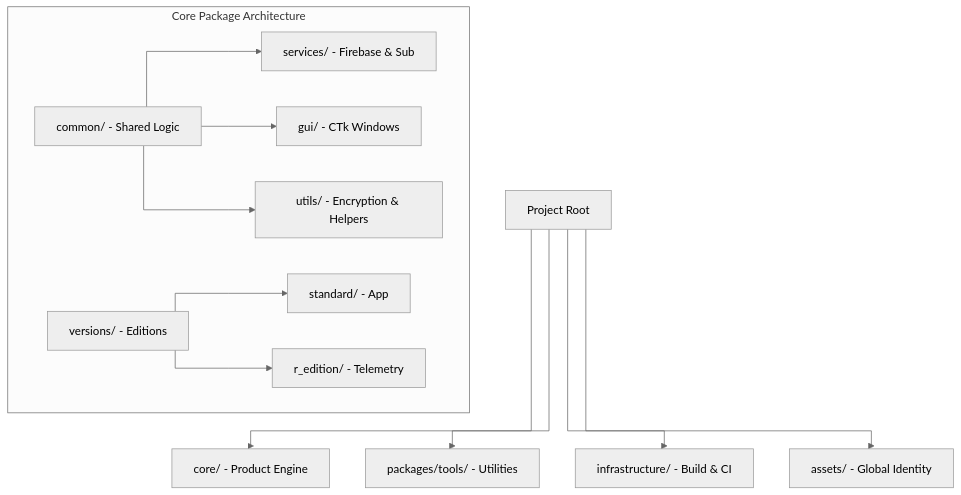
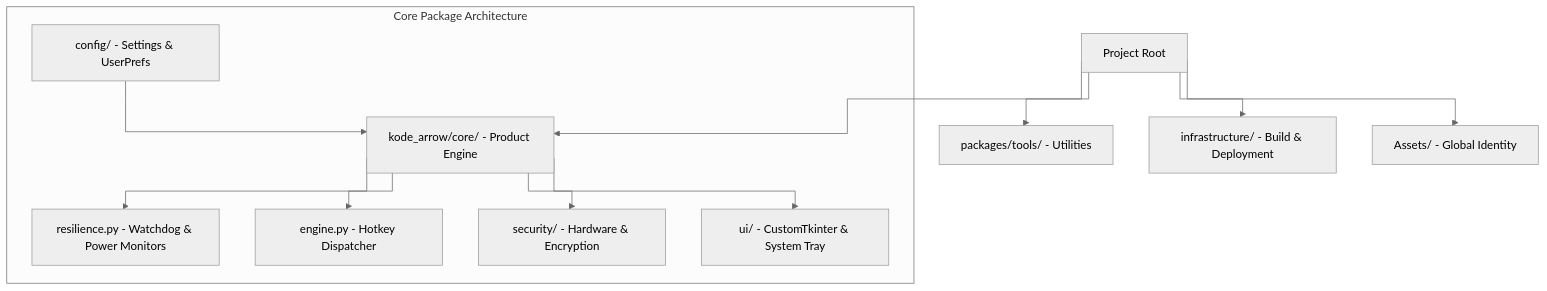
Before and after one commit to AhmadHassan-BTed/KodeArrow: the second of 3 diagrams in README.md, drawn with Mermaid (neutral theme). The commit also changed other lines of this file and 1 other file, not shown here.

Commit message:
docs: add comprehensive Windows & Arch Linux (KDE Plasma) guides and cross-platform production build documentation

````diff
--- a/README.md
+++ b/README.md
@@ -208,16 +237,16 @@
 ```mermaid
 %%{init: {'flowchart': {'curve': 'stepBefore'}}}%%
 graph TD
-    Root[Project Root] --> Core[core/ - Product Engine]
+    Root[Project Root] --> Core[kode_arrow/core/ - Product Engine]
     Root --> Packages[packages/tools/ - Utilities]
-    Root --> Infra[infrastructure/ - Build & CI]
-    Root --> Assets[assets/ - Global Identity]
+    Root --> Infra[infrastructure/ - Build & Deployment]
+    Root --> Assets[Assets/ - Global Identity]
 
     subgraph "Core Package Architecture"
-        Common[common/ - Shared Logic] --> Services[services/ - Firebase & Sub]
-        Common --> GUI[gui/ - CTk Windows]
-        Common --> Utils[utils/ - Encryption & Helpers]
-        Versions[versions/ - Editions] --> Standard[standard/ - App]
-        Versions --> REdition[r_edition/ - Telemetry]
+        Config[config/ - Settings & UserPrefs] --> Core
+        Core --> Resilience[resilience.py - Watchdog & Power Monitors]
+        Core --> Engine[engine.py - Hotkey Dispatcher]
+        Core --> Hardware[security/ - Hardware & Encryption]
+        Core --> UI[ui/ - CustomTkinter & System Tray]
     end
 ```
````
